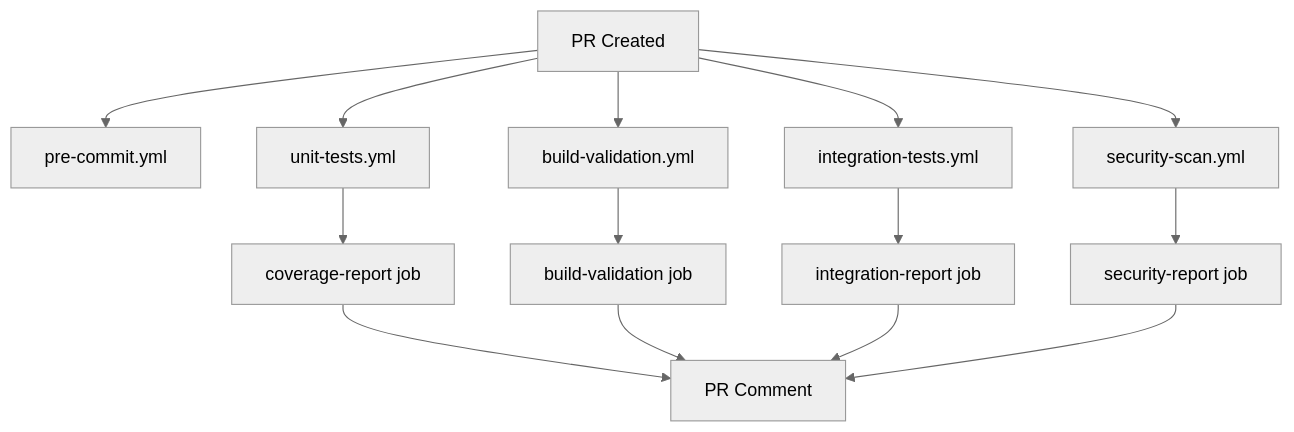
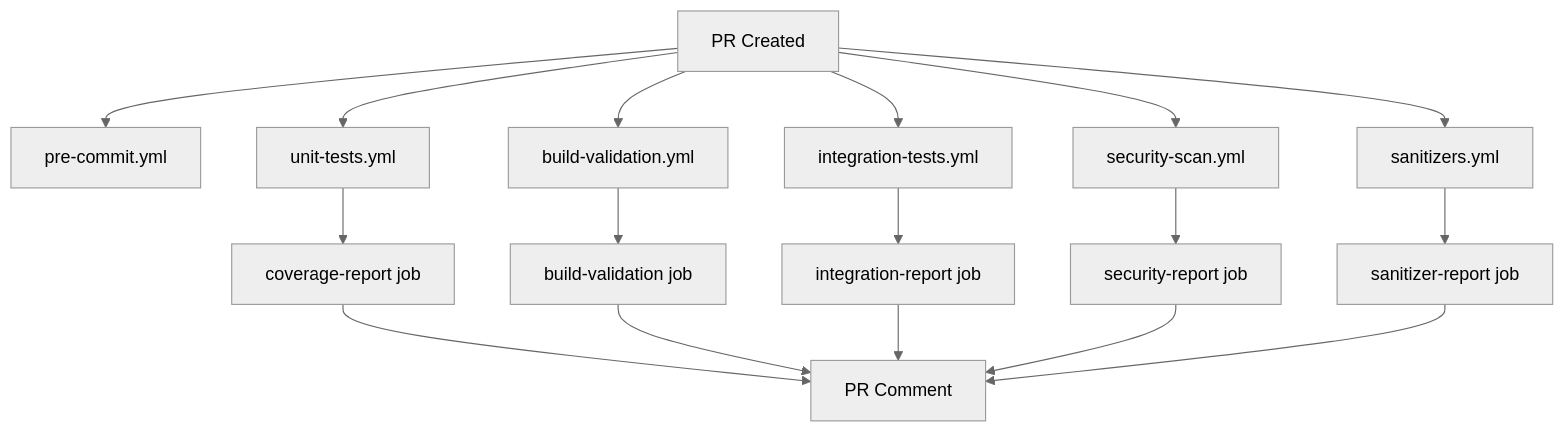
One commit to HomericIntelligence/ProjectKeystone changed the diagram in .github/workflows/README.md. Above: the diagram before and after it, drawn with Mermaid (neutral theme). The commit also changed other lines of this file and 4 other files, not shown here.

````diff
--- a/.github/workflows/README.md
+++ b/.github/workflows/README.md
@@ -212,18 +266,21 @@
 ```mermaid
 graph TD
     A[PR Created] --> B[pre-commit.yml]
     A --> C[unit-tests.yml]
     A --> D[build-validation.yml]
     A --> E[integration-tests.yml]
     A --> F[security-scan.yml]
+    A --> G[sanitizers.yml]
 
-    C --> G[coverage-report job]
-    D --> H[build-validation job]
-    E --> I[integration-report job]
-    F --> J[security-report job]
+    C --> H[coverage-report job]
+    D --> I[build-validation job]
+    E --> J[integration-report job]
+    F --> K[security-report job]
+    G --> L[sanitizer-report job]
 
-    G --> K[PR Comment]
-    H --> K
-    I --> K
-    J --> K
+    H --> M[PR Comment]
+    I --> M
+    J --> M
+    K --> M
+    L --> M
 ```
````
